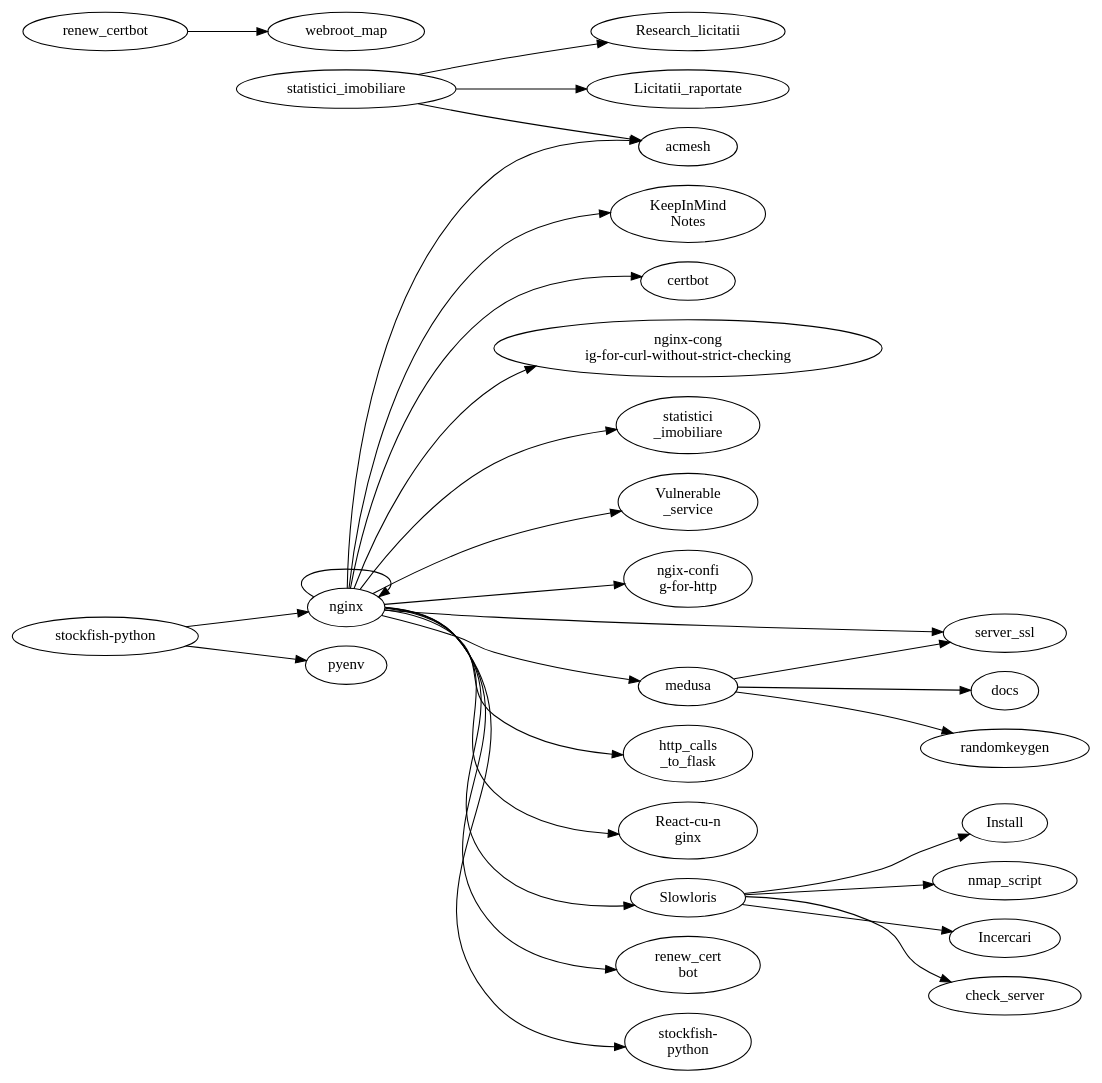
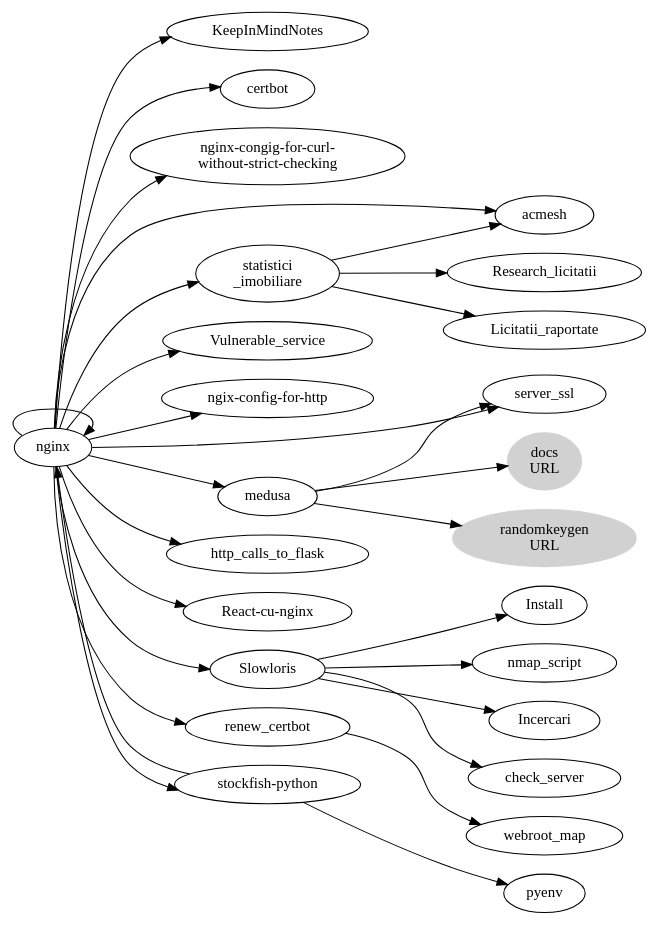
One commit to lupascugabrielcristian/utility_scripts changed the diagram in notes-graph/input.dot. Above: the diagram before and after it, drawn with Graphviz. The commit also changed 3 other files, not shown here.

```diff
--- a/notes-graph/input.dot
+++ b/notes-graph/input.dot
@@ -1,40 +1,34 @@
 digraph {
 	rankdir=LR;
-	nginx -> "KeepInMind
-Notes"
+	nginx -> "KeepInMindNotes"
 	nginx -> "certbot"
-	nginx -> "nginx-cong
-ig-for-curl-without-strict-checking"
+	nginx -> "nginx-congig-for-curl-\nwithout-strict-checking"
 	nginx -> "acmesh"
-	nginx -> "statistici
-_imobiliare"
-	nginx -> "Vulnerable
-_service"
-	nginx -> "ngix-confi
-g-for-http"
+	nginx -> "statistici\n_imobiliare"
+	nginx -> "Vulnerable_service"
+	nginx -> "ngix-config-for-http"
 	nginx -> "medusa"
 	nginx -> "server_ssl"
-	nginx -> "http_calls
-_to_flask"
+	nginx -> "http_calls_to_flask"
 	nginx -> "nginx"
-	nginx -> "React-cu-n
-ginx"
+	nginx -> "React-cu-nginx"
 	nginx -> "Slowloris"
-	nginx -> "renew_cert
-bot"
-	nginx -> "stockfish-
-python"
-	"statistici_imobiliare" -> "Research_licitatii"
-	"statistici_imobiliare" -> "acmesh"
-	"statistici_imobiliare" -> "Licitatii_raportate"
-	"medusa" -> "docs"
+	nginx -> "renew_certbot"
+	nginx -> "stockfish-python"
+	"statistici\n_imobiliare" -> "Research_licitatii"
+	"statistici\n_imobiliare" -> "acmesh"
+	"statistici\n_imobiliare" -> "Licitatii_raportate"
+	"medusa" -> "docs\nURL"
 	"medusa" -> "server_ssl"
-	"medusa" -> "randomkeygen"
+	"medusa" -> "randomkeygen\nURL"
 	"Slowloris" -> "Install"
 	"Slowloris" -> "nmap_script"
 	"Slowloris" -> "Incercari"
 	"Slowloris" -> "check_server"
 	"renew_certbot" -> "webroot_map"
 	"stockfish-python" -> "nginx"
 	"stockfish-python" -> "pyenv"
+
+	"docs\nURL" [color="#D1D1D1", style=filled]
+	"randomkeygen\nURL" [color="#D1D1D1", style=filled]
 }
```
